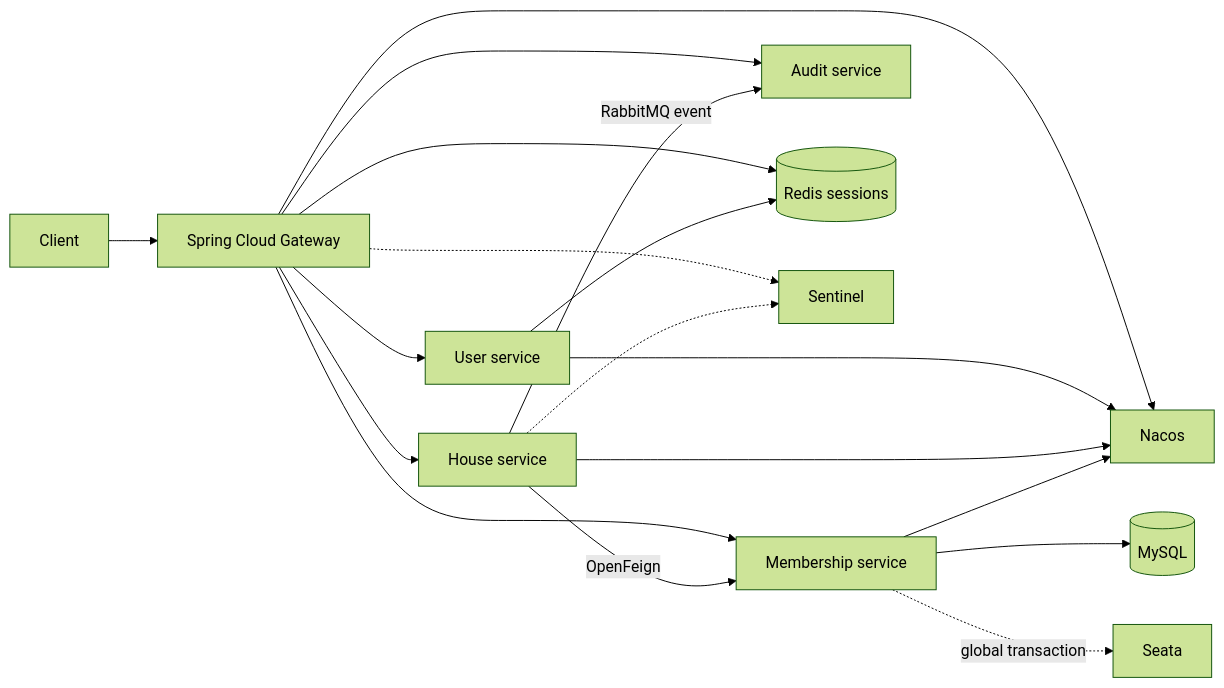
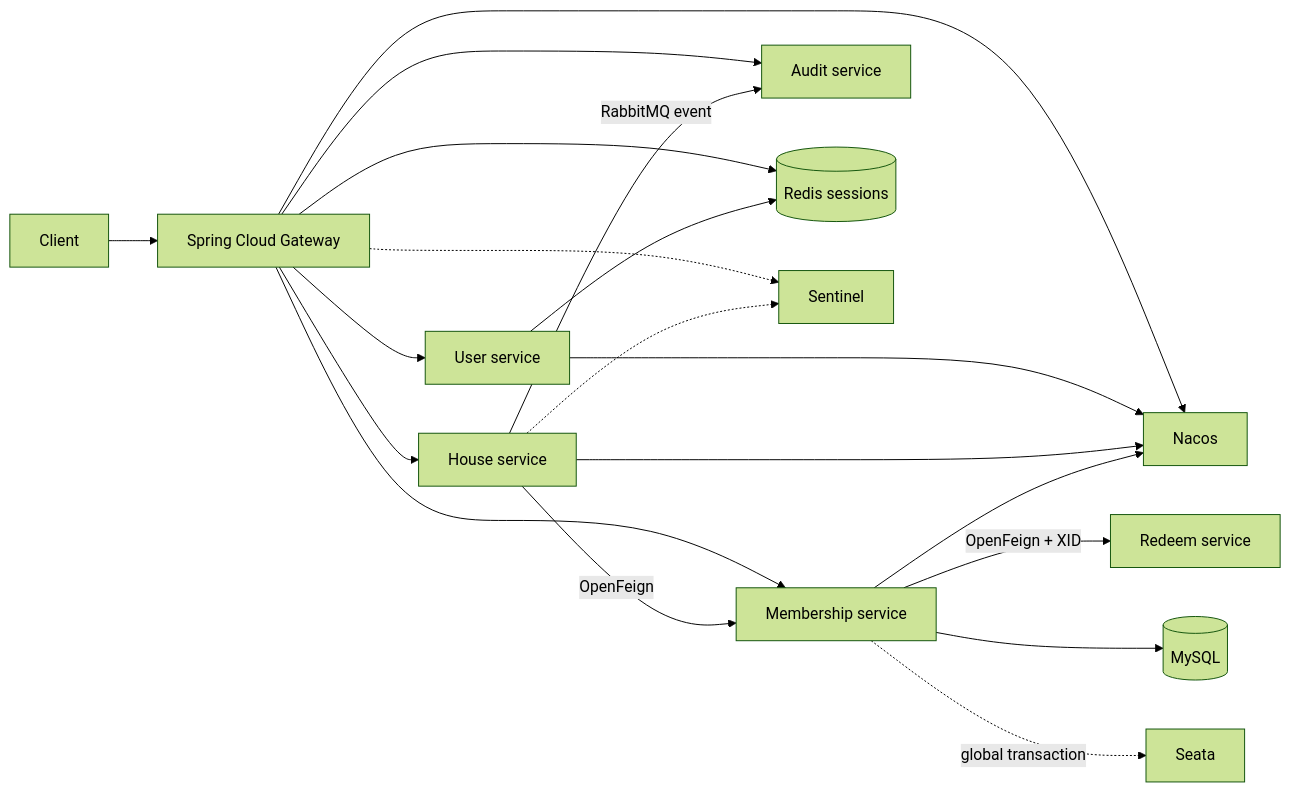
The diagram in backend/cloud-demo/README.md (longyiwenzi-dotcom/zhongjiebang_app), drawn with Mermaid (forest theme) before and after one commit. The commit also changed other lines of this file and 70 other files, not shown here.

````diff
--- a/backend/cloud-demo/README.md
+++ b/backend/cloud-demo/README.md
@@ -16,15 +17,16 @@
 ```mermaid
 flowchart LR
     Client --> Gateway[Spring Cloud Gateway]
     Gateway --> User[User service]
     Gateway --> House[House service]
     Gateway --> Member[Membership service]
     Gateway --> Audit[Audit service]
+    Member -->|OpenFeign + XID| Redeem[Redeem service]
     House -->|OpenFeign| Member
     Gateway & User --> Redis[(Redis sessions)]
     Member --> MySQL[(MySQL)]
     House -->|RabbitMQ event| Audit
     Gateway & House -.-> Sentinel[Sentinel]
     Gateway & User & House & Member --> Nacos[Nacos]
     Member -. global transaction .-> Seata[Seata]
 ```
````
